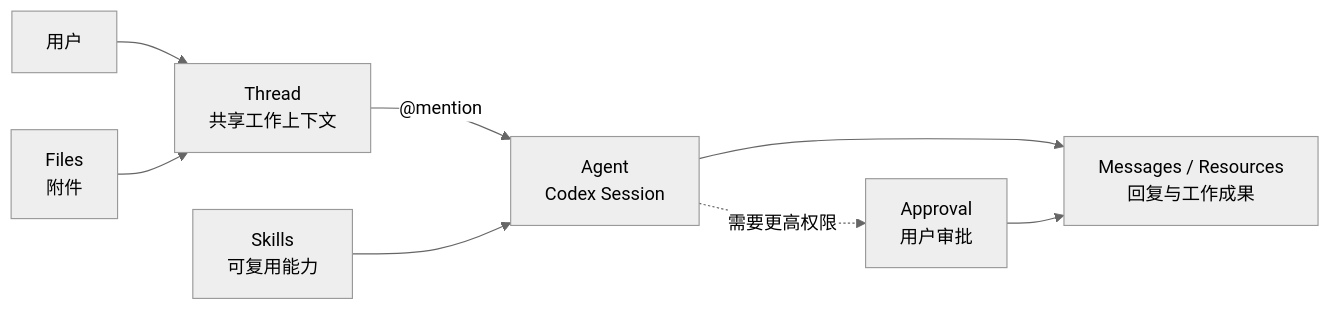
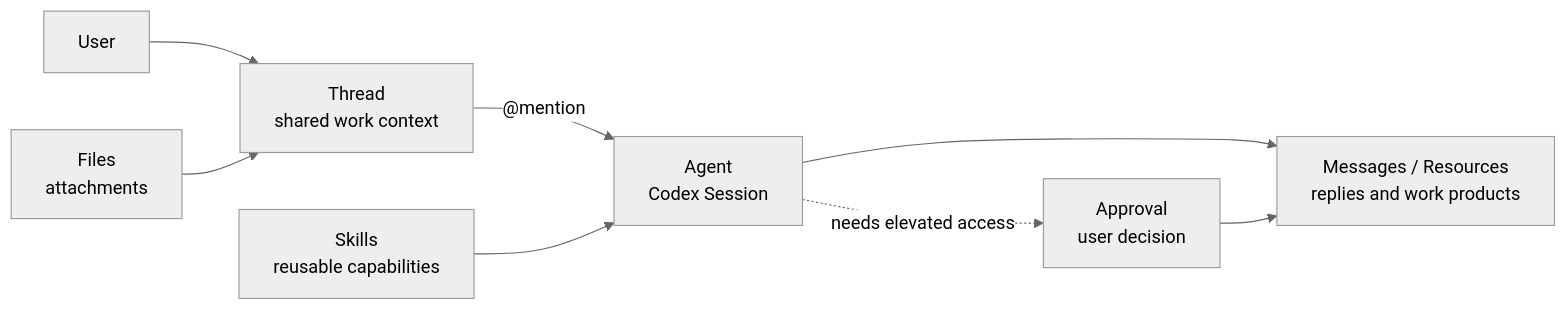
One commit to kdxcxs/kas changed the first of 3 diagrams in platform/README.md. Above: the diagram before and after it, drawn with Mermaid (neutral theme). The commit also changed other lines of this file and 4 other files, not shown here.

````diff
--- a/platform/README.md
+++ b/platform/README.md
@@ -13,10 +17,10 @@
 ```mermaid
 flowchart LR
-    U["用户"] --> T["Thread<br/>共享工作上下文"]
+    U["User"] --> T["Thread<br/>shared work context"]
     T -->|"@mention"| A["Agent<br/>Codex Session"]
-    F["Files<br/>附件"] --> T
-    S["Skills<br/>可复用能力"] --> A
-    A --> M["Messages / Resources<br/>回复与工作成果"]
-    A -. "需要更高权限" .-> P["Approval<br/>用户审批"]
+    F["Files<br/>attachments"] --> T
+    S["Skills<br/>reusable capabilities"] --> A
+    A --> M["Messages / Resources<br/>replies and work products"]
+    A -. "needs elevated access" .-> P["Approval<br/>user decision"]
     P --> M
 ```
````
